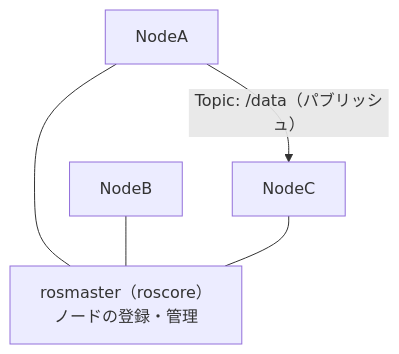
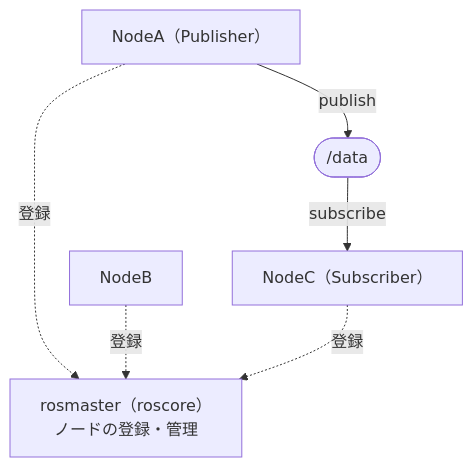
One commit to Harlequinade1123/ros1-tutorials changed the fourth of 4 diagrams in docs/01_introduction.md. Above: the diagram before and after it, drawn with Mermaid. The commit also changed other lines of this file, not shown here.

Commit message:
docs: reconstruct Mermaid diagrams in ch.1 for conceptual accuracy

````diff
--- a/docs/01_introduction.md
+++ b/docs/01_introduction.md
@@ -120,8 +125,13 @@
 ```mermaid
 graph TD
     rosmaster["rosmaster（roscore）<br/>ノードの登録・管理"]
-    NodeA --- rosmaster
-    NodeB --- rosmaster
-    NodeC --- rosmaster
-    NodeA -->|"Topic: /data（パブリッシュ）"| NodeC
+    NodeA["NodeA（Publisher）"]
+    NodeB["NodeB"]
+    NodeC["NodeC（Subscriber）"]
+    topic(["/data"])
+    NodeA -.->|"登録"| rosmaster
+    NodeB -.->|"登録"| rosmaster
+    NodeC -.->|"登録"| rosmaster
+    NodeA -->|"publish"| topic
+    topic -->|"subscribe"| NodeC
 ```
````
